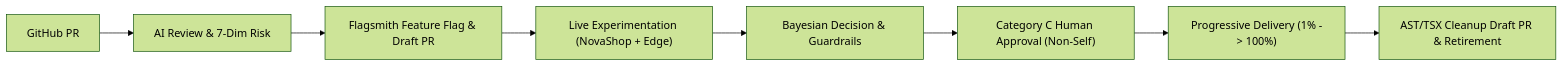
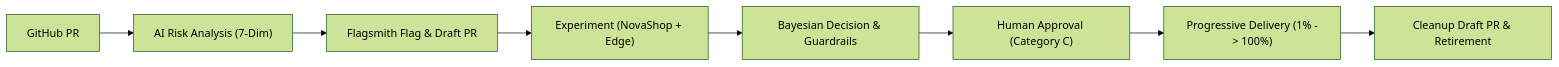
The first of 2 diagrams in README.md (Pravin98651/ReleaseGaurd-AI), drawn with Mermaid (forest theme) before and after one commit. The commit also changed other lines of this file and 5 other files, not shown here.

````diff
--- a/README.md
+++ b/README.md
@@ -64,10 +60,10 @@
 ```mermaid
 flowchart LR
-    PR["GitHub PR"] --> AI["AI Review & 7-Dim Risk"]
-    AI --> FF["Flagsmith Feature Flag & Draft PR"]
-    FF --> EXP["Live Experimentation (NovaShop + Edge)"]
+    PR["GitHub PR"] --> AI["AI Risk Analysis (7-Dim)"]
+    AI --> FS["Flagsmith Flag & Draft PR"]
+    FS --> EXP["Experiment (NovaShop + Edge)"]
     EXP --> BAYES["Bayesian Decision & Guardrails"]
-    BAYES --> GATE["Category C Human Approval (Non-Self)"]
+    BAYES --> GATE["Human Approval (Category C)"]
     GATE --> PD["Progressive Delivery (1% -> 100%)"]
-    PD --> CLEAN["AST/TSX Cleanup Draft PR & Retirement"]
+    PD --> CLEAN["Cleanup Draft PR & Retirement"]
 ```
````
